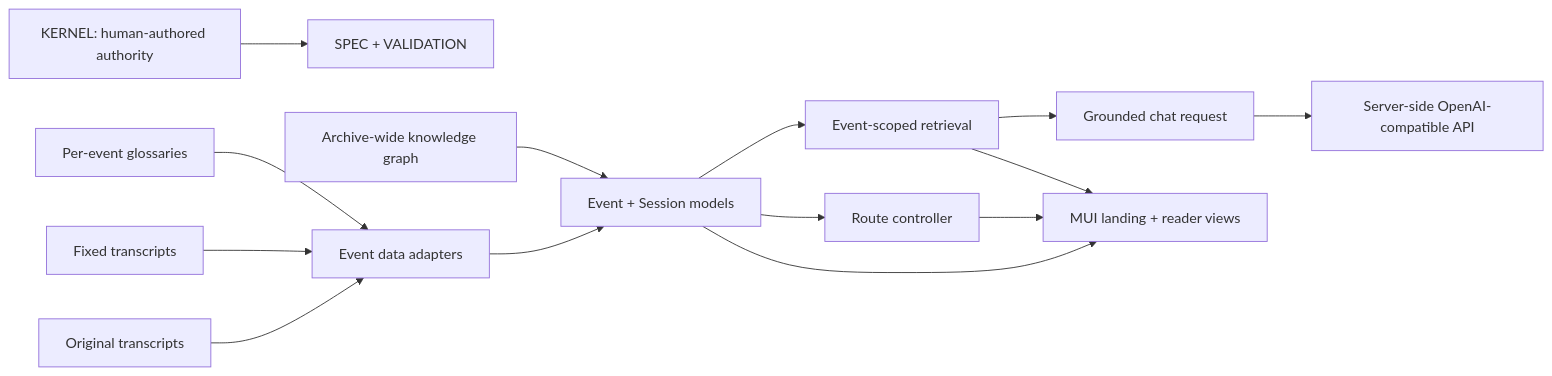
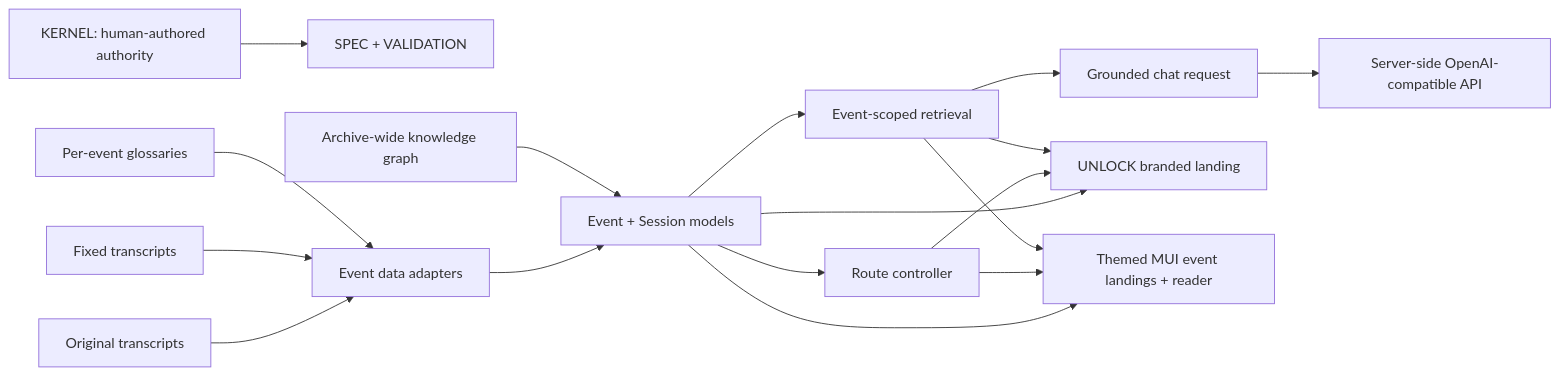
The first of 3 diagrams in architecture.md (johnpfeiffer/conferences), drawn with Mermaid before and after one commit. The commit also changed other lines of this file and 14 other files, not shown here.

````diff
--- a/architecture.md
+++ b/architecture.md
@@ -10,16 +10,19 @@
 ```mermaid
 flowchart LR
     K[KERNEL: human-authored authority] --> SPEC[SPEC + VALIDATION]
     RAW[Original transcripts] --> DATA[Event data adapters]
     FIX[Fixed transcripts] --> DATA
     GLOSS[Per-event glossaries] --> DATA
     DATA --> MODEL[Event + Session models]
     MODEL --> ROUTES[Route controller]
     MODEL --> RET[Event-scoped retrieval]
     RET --> CHAT[Grounded chat request]
     CHAT --> API[Server-side OpenAI-compatible API]
-    MODEL --> VIEWS[MUI landing + reader views]
-    ROUTES --> VIEWS
-    RET --> VIEWS
+    MODEL --> UNLOCK[UNLOCK branded landing]
+    MODEL --> SHARED[Themed MUI event landings + reader]
+    ROUTES --> UNLOCK
+    ROUTES --> SHARED
+    RET --> UNLOCK
+    RET --> SHARED
     GRAPH[Archive-wide knowledge graph] --> MODEL
 ```
````
